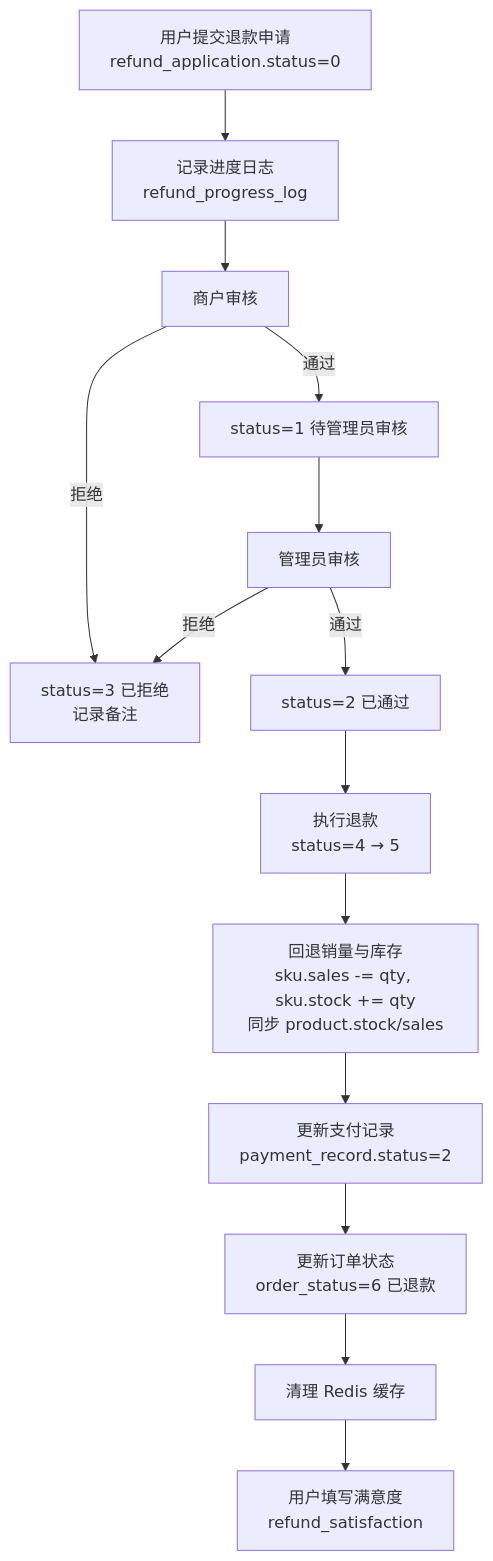
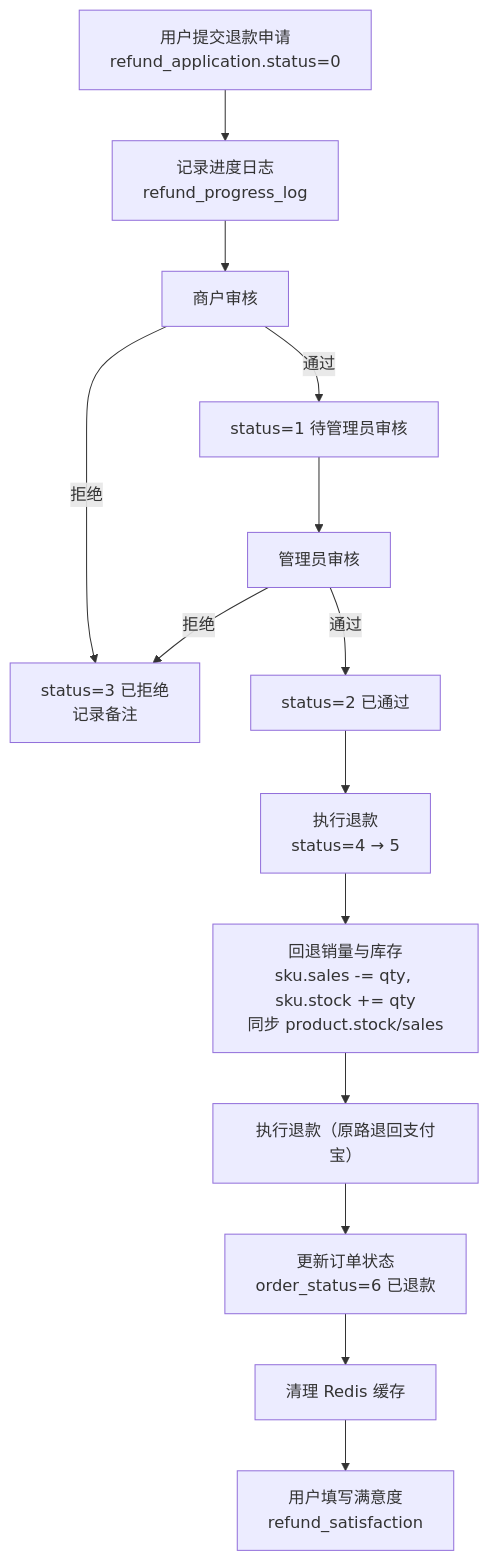
Before and after one commit to shuxinwu718-web/Eshop_front: diagram 11 of 12 in docs/数据库设计文档.md, drawn with Mermaid. The commit also changed other lines of this file and 86 other files, not shown here.

````diff
--- a/docs/数据库设计文档.md
+++ b/docs/数据库设计文档.md
@@ -1032,16 +1117,16 @@
 ```mermaid
 flowchart TD
     A["用户提交退款申请<br/>refund_application.status=0"] --> B["记录进度日志<br/>refund_progress_log"]
     B --> C["商户审核"]
     C -->|"拒绝"| D["status=3 已拒绝<br/>记录备注"]
     C -->|"通过"| E["status=1 待管理员审核"]
     E --> F["管理员审核"]
     F -->|"拒绝"| D
     F -->|"通过"| G["status=2 已通过"]
     G --> H["执行退款<br/>status=4 → 5"]
     H --> I["回退销量与库存<br/>sku.sales -= qty, sku.stock += qty<br/>同步 product.stock/sales"]
-    I --> J["更新支付记录<br/>payment_record.status=2"]
+    I --> J["执行退款（原路退回支付宝）"]
     J --> K["更新订单状态<br/>order_status=6 已退款"]
     K --> L["清理 Redis 缓存"]
     L --> M["用户填写满意度<br/>refund_satisfaction"]
 ```
````
